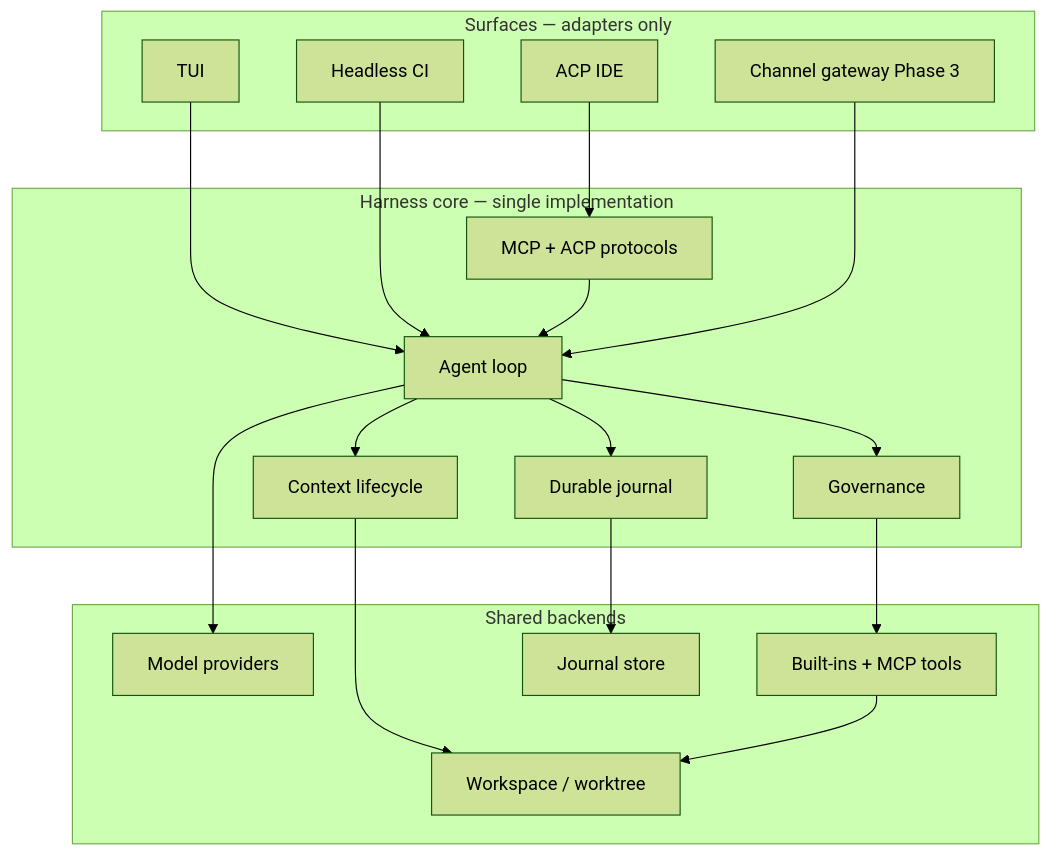
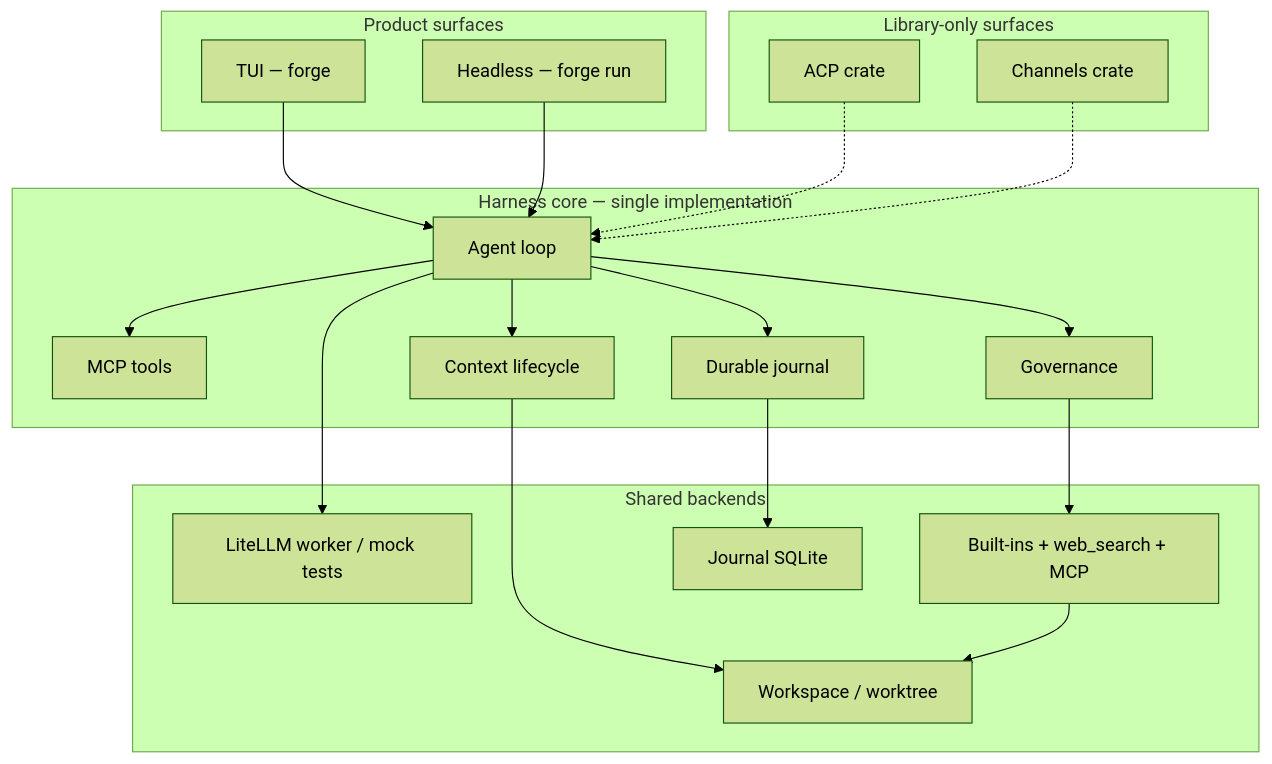
Before and after one commit to NorviaLabs/forge: diagram 14 of 16 in docs/architecture.md, drawn with Mermaid (forest theme). The commit also changed other lines of this file and 39 other files, not shown here.

First line of the commit message:
docs: align PRD, architecture, and designs with shipped product

````diff
--- a/docs/architecture.md
+++ b/docs/architecture.md
@@ -657,39 +650,42 @@
 ```mermaid
 flowchart TB
-  subgraph surfaces["Surfaces — adapters only"]
-    TUI[TUI]
-    HD[Headless CI]
-    ACP[ACP IDE]
-    CH[Channel gateway Phase 3]
+  subgraph product["Product surfaces"]
+    TUI["TUI — forge"]
+    HD["Headless — forge run"]
+  end
+
+  subgraph library["Library-only surfaces"]
+    ACP[ACP crate]
+    CH[Channels crate]
   end
 
   subgraph harness["Harness core — single implementation"]
     LOOP[Agent loop]
-    PROTO[MCP + ACP protocols]
+    MCP[MCP tools]
     CTX[Context lifecycle]
     DUR[Durable journal]
     GOV[Governance]
   end
 
   subgraph shared["Shared backends"]
-    M[Model providers]
-    TOOLS[Built-ins + MCP tools]
-    J[Journal store]
+    M[LiteLLM worker / mock tests]
+    TOOLS[Built-ins + web_search + MCP]
+    J[Journal SQLite]
     WS[Workspace / worktree]
   end
 
   TUI --> LOOP
   HD --> LOOP
-  ACP --> PROTO
-  PROTO --> LOOP
-  CH --> LOOP
+  ACP -.-> LOOP
+  CH -.-> LOOP
 
   LOOP --> CTX
   LOOP --> DUR
   LOOP --> GOV
   LOOP --> M
+  LOOP --> MCP
   GOV --> TOOLS
   DUR --> J
   CTX --> WS
   TOOLS --> WS
 ```
````
